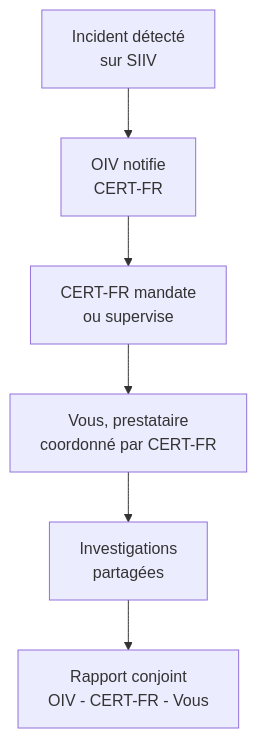
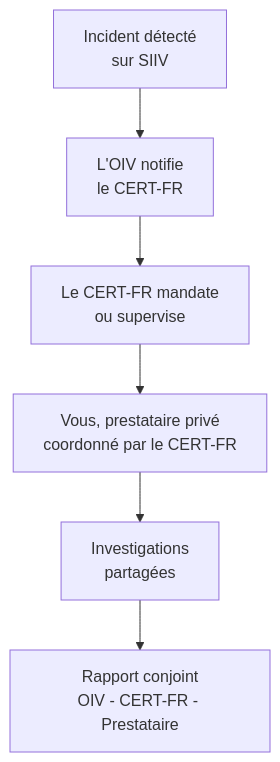
Before and after one commit to zyrass/omnydocs: the sixth of 6 diagrams in docs/cursus-forensic/01-cycle-0-fondations/module-1-legislation/06-lpm-oiv.md, drawn with Mermaid. The commit also changed other lines of this file and 171 other files, not shown here.

````diff
--- a/docs/cursus-forensic/01-cycle-0-fondations/module-1-legislation/06-lpm-oiv.md
+++ b/docs/cursus-forensic/01-cycle-0-fondations/module-1-legislation/06-lpm-oiv.md
@@ -299,8 +322,8 @@
 ```mermaid
 flowchart TB
-    A[Incident détecté<br>sur SIIV] --> B[OIV notifie<br>CERT-FR]
-    B --> C[CERT-FR mandate<br>ou supervise]
-    C --> D[Vous, prestataire<br>coordonné par CERT-FR]
-    D --> E[Investigations<br>partagées]
-    E --> F[Rapport conjoint<br>OIV - CERT-FR - Vous]
+    A["Incident détecté<br>sur SIIV"] --> B["L'OIV notifie<br>le CERT-FR"]
+    B --> C["Le CERT-FR mandate<br>ou supervise"]
+    C --> D["Vous, prestataire privé<br>coordonné par le CERT-FR"]
+    D --> E["Investigations<br>partagées"]
+    E --> F["Rapport conjoint<br>OIV - CERT-FR - Prestataire"]
 ```
````
